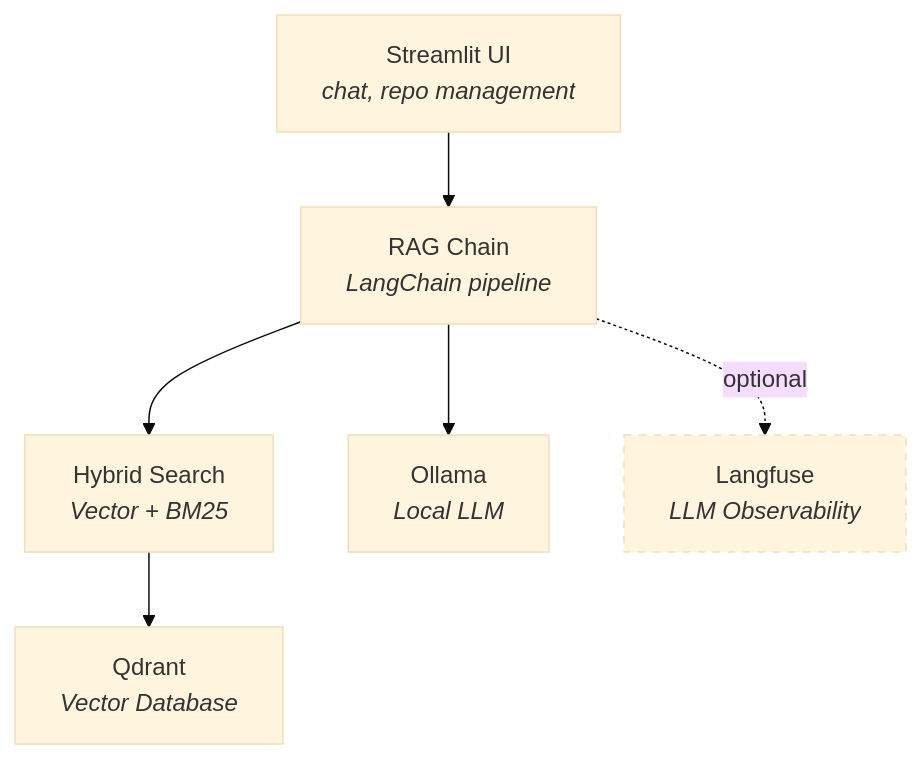
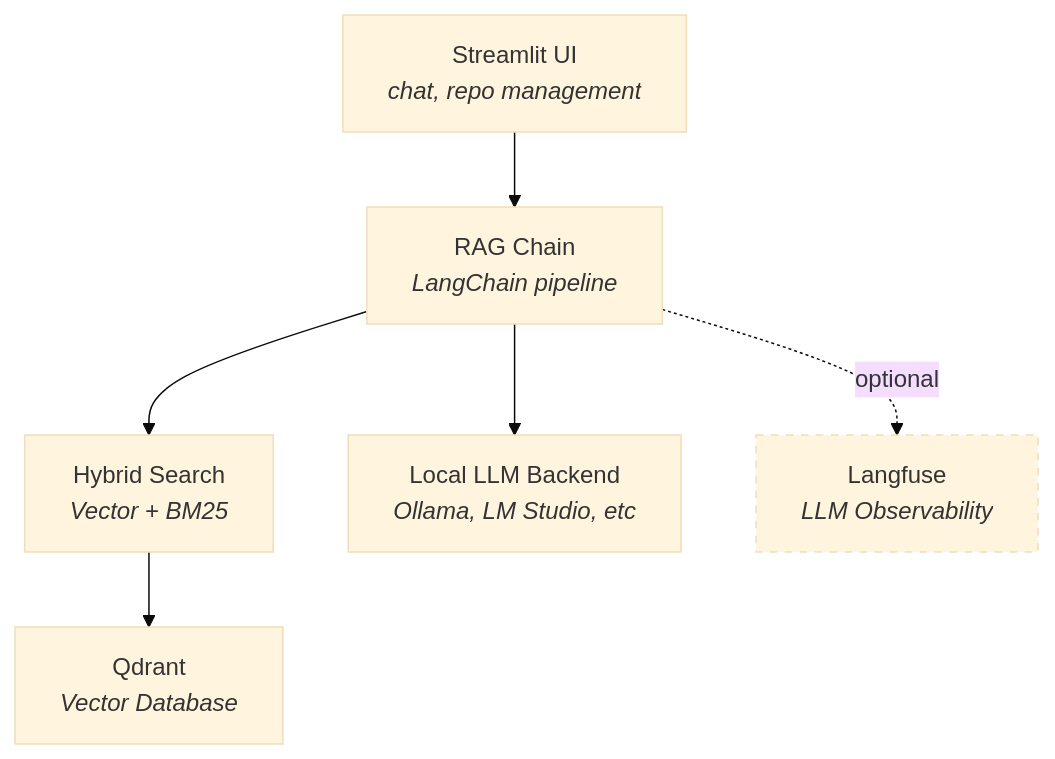
One commit to alexschiltmans/codebase-rag changed the diagram in README.md. Above: the diagram before and after it, drawn with Mermaid (base theme). The commit also changed other lines of this file and 3 other files, not shown here.

````diff
--- a/README.md
+++ b/README.md
@@ -48,17 +48,17 @@
 ```mermaid
 graph TD
     UI["Streamlit UI<br/><i>chat, repo management</i>"]
     RAG["RAG Chain<br/><i>LangChain pipeline</i>"]
     HS["Hybrid Search<br/><i>Vector + BM25</i>"]
-    LLM["Ollama<br/><i>Local LLM</i>"]
+    LLM["Local LLM Backend<br/><i>Ollama, LM Studio, etc</i>"]
     QD["Qdrant<br/><i>Vector Database</i>"]
     LF["Langfuse<br/><i>LLM Observability</i>"]
 
     UI --> RAG
     RAG --> HS
     RAG --> LLM
     HS --> QD
     RAG -.->|optional| LF
 
     style LF stroke-dasharray: 5 5
 ```
````
